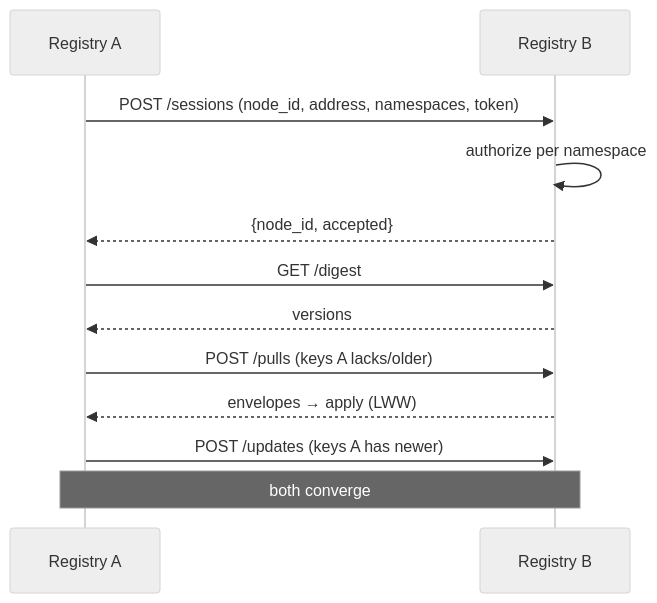
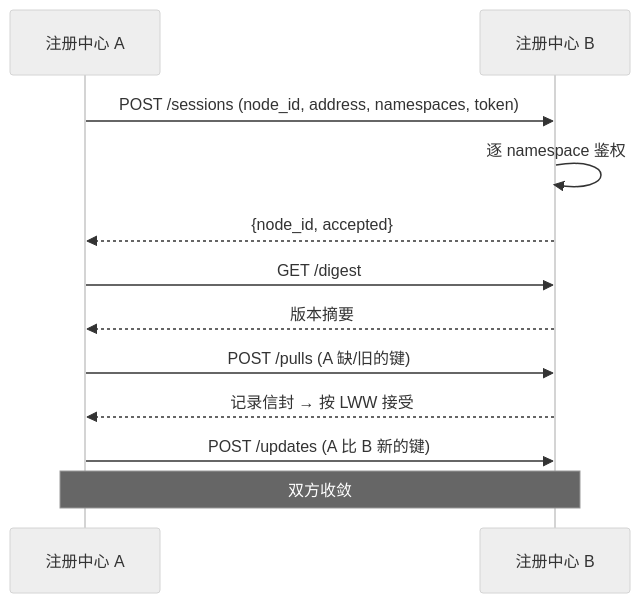
One commit to Weizheng96/A2X-registry changed the first of 5 diagrams in docs/cluster_design.md. Above: the diagram before and after it, drawn with Mermaid (neutral theme). The commit also changed other lines of this file, not shown here.

````diff
--- a/docs/cluster_design.md
+++ b/docs/cluster_design.md
@@ -141,14 +70,14 @@
 ```mermaid
 sequenceDiagram
-    participant A as Registry A
-    participant B as Registry B
+    participant A as 注册中心 A
+    participant B as 注册中心 B
     A->>B: POST /sessions (node_id, address, namespaces, token)
-    B->>B: authorize per namespace
+    B->>B: 逐 namespace 鉴权
     B-->>A: {node_id, accepted}
     A->>B: GET /digest
-    B-->>A: versions
-    A->>B: POST /pulls (keys A lacks/older)
-    B-->>A: envelopes → apply (LWW)
-    A->>B: POST /updates (keys A has newer)
-    Note over A,B: both converge
+    B-->>A: 版本摘要
+    A->>B: POST /pulls (A 缺/旧的键)
+    B-->>A: 记录信封 → 按 LWW 接受
+    A->>B: POST /updates (A 比 B 新的键)
+    Note over A,B: 双方收敛
 ```
````
